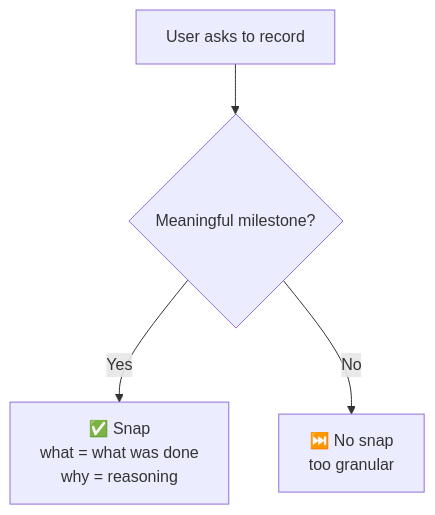
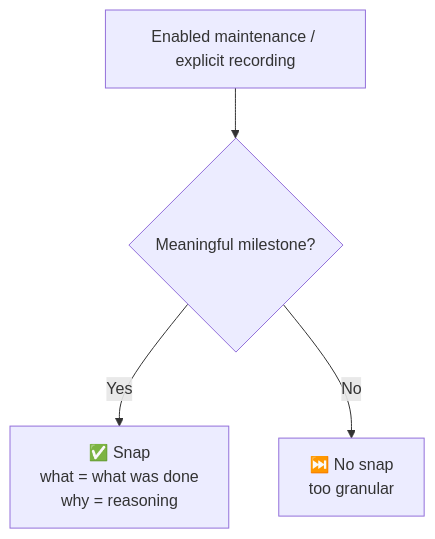
The third of 4 diagrams in docs/EN/cli.md (dozybot001/Intent), drawn with Mermaid before and after one commit. The commit also changed other lines of this file and 20 other files, not shown here.

````diff
--- a/docs/EN/cli.md
+++ b/docs/EN/cli.md
@@ -104,6 +117,6 @@
 ```mermaid
 flowchart TD
-  Q["User asks to record"] --> C{Meaningful milestone?}
+  Q["Enabled maintenance / explicit recording"] --> C{Meaningful milestone?}
   C -->|Yes| B["✅ Snap\nwhat = what was done\nwhy = reasoning"]
   C -->|No| A["⏭️ No snap\ntoo granular"]
 ```
````
